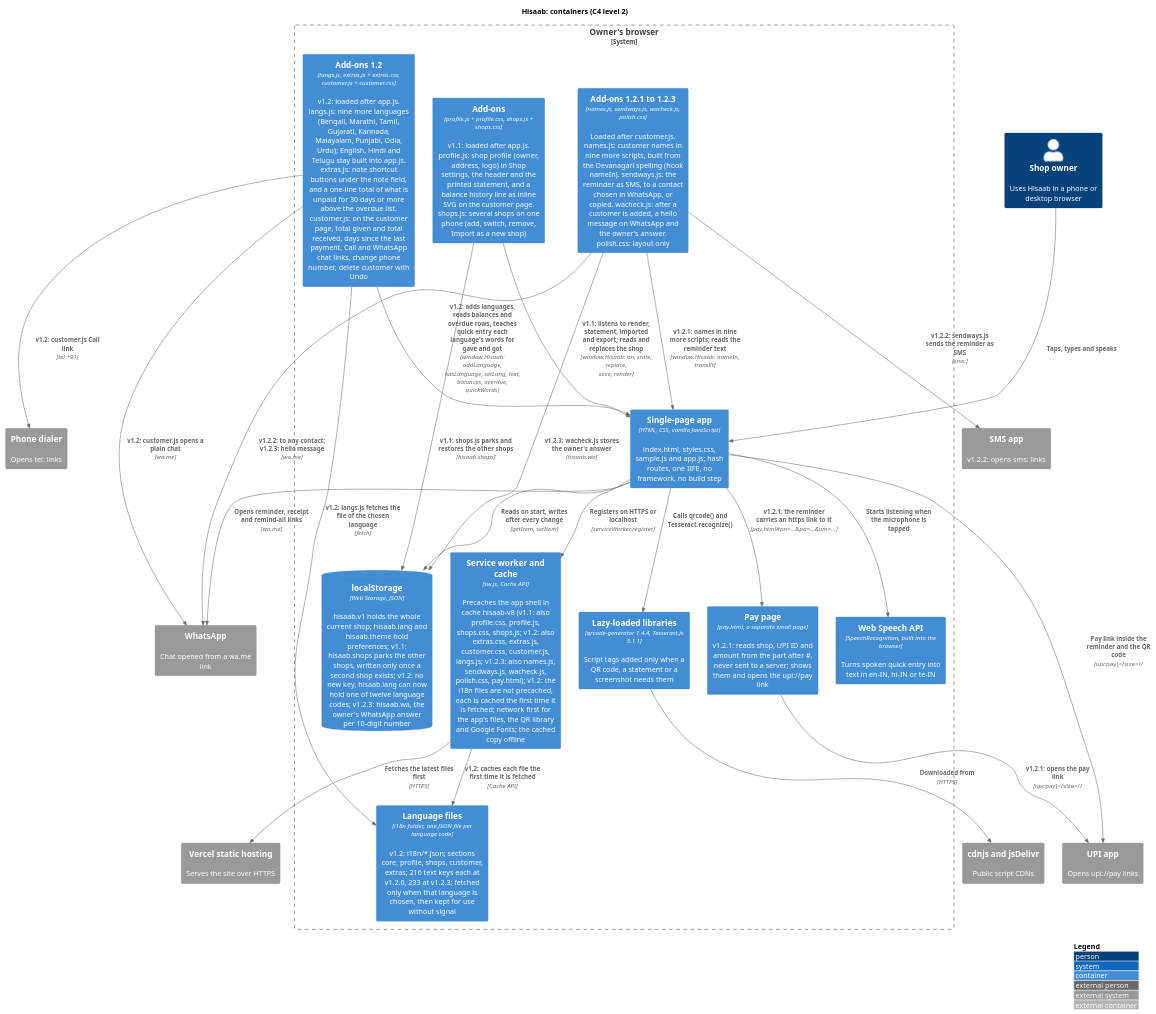
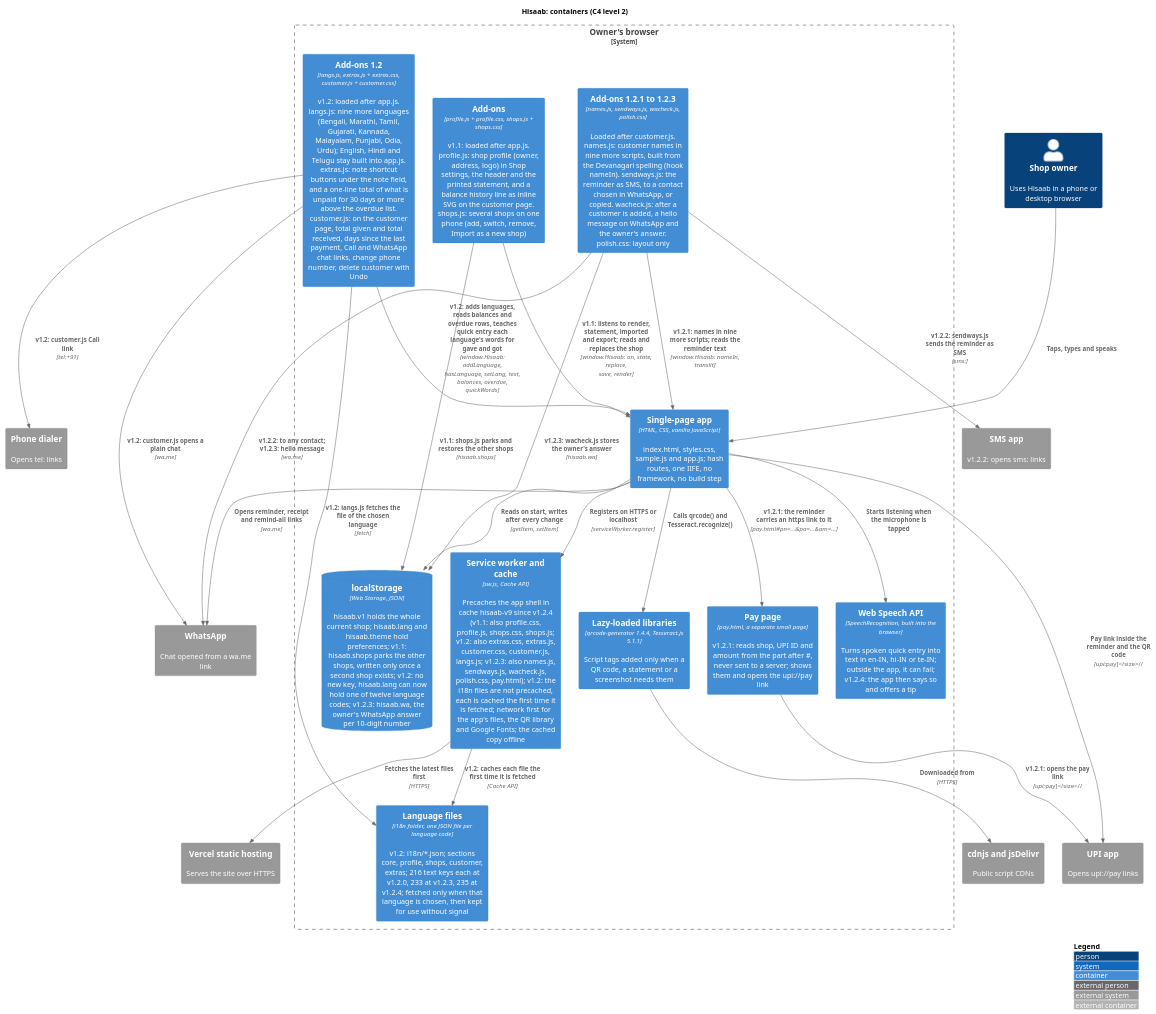
The diagram in docs/diagrams/c4-container.puml (karwasanjay007/hisaab-docs), drawn with PlantUML before and after one commit. The commit also changed 26 other files, not shown here.

First line of the commit message:
Version 1.2.4: voice entry never ends in silence; documents checked against the code (every test file traced, cache name, text keys, outside addresses)

```diff
--- a/docs/diagrams/c4-container.puml
+++ b/docs/diagrams/c4-container.puml
@@ -1,50 +1,50 @@
 @startuml c4-container
 !include <C4/C4_Container>
 title Hisaab: containers (C4 level 2)
 
 Person(owner, "Shop owner", "Uses Hisaab in a phone or desktop browser")
 System_Ext(whatsapp, "WhatsApp", "Chat opened from a wa.me link")
 System_Ext(upi, "UPI app", "Opens upi://pay links")
 System_Ext(dialer, "Phone dialer", "Opens tel: links")
 System_Ext(sms, "SMS app", "v1.2.2: opens sms: links")
 System_Ext(cdn, "cdnjs and jsDelivr", "Public script CDNs")
 System_Ext(vercel, "Vercel static hosting", "Serves the site over HTTPS")
 
 System_Boundary(browser, "Owner's browser") {
   Container(spa, "Single-page app", "HTML, CSS, vanilla JavaScript", "index.html, styles.css, sample.js and app.js; hash routes, one IIFE, no framework, no build step")
   Container(addons, "Add-ons", "profile.js + profile.css, shops.js + shops.css", "v1.1: loaded after app.js. profile.js: shop profile (owner, address, logo) in Shop settings, the header and the printed statement, and a balance history line as inline SVG on the customer page. shops.js: several shops on one phone (add, switch, remove, Import as a new shop)")
   ContainerDb(ls, "localStorage", "Web Storage, JSON", "hisaab.v1 holds the whole current shop; hisaab.lang and hisaab.theme hold preferences; v1.1: hisaab.shops parks the other shops, written only once a second shop exists; v1.2: no new key, hisaab.lang can now hold one of twelve language codes; v1.2.3: hisaab.wa, the owner's WhatsApp answer per 10-digit number")
-  Container(sw, "Service worker and cache", "sw.js, Cache API", "Precaches the app shell in cache hisaab-v8 (v1.1: also profile.css, profile.js, shops.css, shops.js; v1.2: also extras.css, extras.js, customer.css, customer.js, langs.js; v1.2.3: also names.js, sendways.js, wacheck.js, polish.css, pay.html); v1.2: the i18n files are not precached, each is cached the first time it is fetched; network first for the app's files, the QR library and Google Fonts; the cached copy offline")
+  Container(sw, "Service worker and cache", "sw.js, Cache API", "Precaches the app shell in cache hisaab-v9 since v1.2.4 (v1.1: also profile.css, profile.js, shops.css, shops.js; v1.2: also extras.css, extras.js, customer.css, customer.js, langs.js; v1.2.3: also names.js, sendways.js, wacheck.js, polish.css, pay.html); v1.2: the i18n files are not precached, each is cached the first time it is fetched; network first for the app's files, the QR library and Google Fonts; the cached copy offline")
   Container(addons12, "Add-ons 1.2", "langs.js, extras.js + extras.css, customer.js + customer.css", "v1.2: loaded after app.js. langs.js: nine more languages (Bengali, Marathi, Tamil, Gujarati, Kannada, Malayalam, Punjabi, Odia, Urdu); English, Hindi and Telugu stay built into app.js. extras.js: note shortcut buttons under the note field, and a one-line total of what is unpaid for 30 days or more above the overdue list. customer.js: on the customer page, total given and total received, days since the last payment, Call and WhatsApp chat links, change phone number, delete customer with Undo")
-  Container(i18nfiles, "Language files", "i18n folder, one JSON file per language code", "v1.2: i18n/*.json; sections core, profile, shops, customer, extras; 216 text keys each at v1.2.0, 233 at v1.2.3; fetched only when that language is chosen, then kept for use without signal")
+  Container(i18nfiles, "Language files", "i18n folder, one JSON file per language code", "v1.2: i18n/*.json; sections core, profile, shops, customer, extras; 216 text keys each at v1.2.0, 233 at v1.2.3, 235 at v1.2.4; fetched only when that language is chosen, then kept for use without signal")
   Container(addons123, "Add-ons 1.2.1 to 1.2.3", "names.js, sendways.js, wacheck.js, polish.css", "Loaded after customer.js. names.js: customer names in nine more scripts, built from the Devanagari spelling (hook nameIn). sendways.js: the reminder as SMS, to a contact chosen in WhatsApp, or copied. wacheck.js: after a customer is added, a hello message on WhatsApp and the owner's answer. polish.css: layout only")
   Container(paypage, "Pay page", "pay.html, a separate small page", "v1.2.1: reads shop, UPI ID and amount from the part after #, never sent to a server; shows them and opens the upi://pay link")
   Container(libs, "Lazy-loaded libraries", "qrcode-generator 1.4.4, Tesseract.js 5.1.1", "Script tags added only when a QR code, a statement or a screenshot needs them")
-  Container(speech, "Web Speech API", "SpeechRecognition, built into the browser", "Turns spoken quick entry into text in en-IN, hi-IN or te-IN")
+  Container(speech, "Web Speech API", "SpeechRecognition, built into the browser", "Turns spoken quick entry into text in en-IN, hi-IN or te-IN; outside the app, it can fail; v1.2.4: the app then says so and offers a tip")
 }
 
 Rel(owner, spa, "Taps, types and speaks")
 Rel(spa, ls, "Reads on start, writes after every change", "getItem, setItem")
 Rel(addons, spa, "v1.1: listens to render, statement, imported and export; reads and replaces the shop", "window.Hisaab: on, state, replace, save, render")
 Rel(addons, ls, "v1.1: shops.js parks and restores the other shops", "hisaab.shops")
 Rel(addons12, spa, "v1.2: adds languages, reads balances and overdue rows, teaches quick entry each language's words for gave and got", "window.Hisaab: addLanguage, hasLanguage, setLang, text, balances, overdue, quickWords")
 Rel(addons12, i18nfiles, "v1.2: langs.js fetches the file of the chosen language", "fetch")
 Rel(sw, i18nfiles, "v1.2: caches each file the first time it is fetched", "Cache API")
 Rel(spa, sw, "Registers on HTTPS or localhost", "serviceWorker.register")
 Rel(sw, vercel, "Fetches the latest files first", "HTTPS")
 Rel(spa, libs, "Calls qrcode() and Tesseract.recognize()")
 Rel(libs, cdn, "Downloaded from", "HTTPS")
 Rel(spa, speech, "Starts listening when the microphone is tapped")
 Rel(spa, whatsapp, "Opens reminder, receipt and remind-all links", "wa.me")
 Rel(spa, upi, "Pay link inside the reminder and the QR code", "upi://pay")
 Rel(addons12, whatsapp, "v1.2: customer.js opens a plain chat", "wa.me")
 Rel(addons12, dialer, "v1.2: customer.js Call link", "tel:+91")
 Rel(addons123, spa, "v1.2.1: names in nine more scripts; reads the reminder text", "window.Hisaab: nameIn, translit")
 Rel(addons123, ls, "v1.2.3: wacheck.js stores the owner's answer", "hisaab.wa")
 Rel(addons123, sms, "v1.2.2: sendways.js sends the reminder as SMS", "sms:")
 Rel(addons123, whatsapp, "v1.2.2: to any contact; v1.2.3: hello message", "wa.me")
 Rel(spa, paypage, "v1.2.1: the reminder carries an https link to it", "pay.html#pn=...&pa=...&am=...")
 Rel(paypage, upi, "v1.2.1: opens the pay link", "upi://pay")
 
 LAYOUT_WITH_LEGEND()
 @enduml
```
